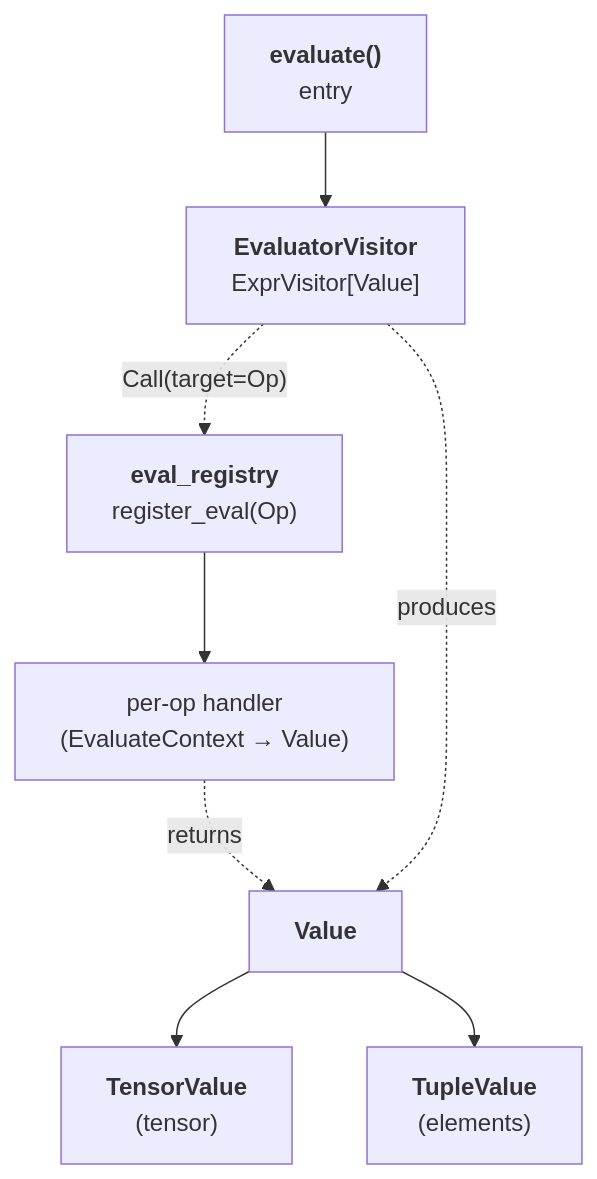
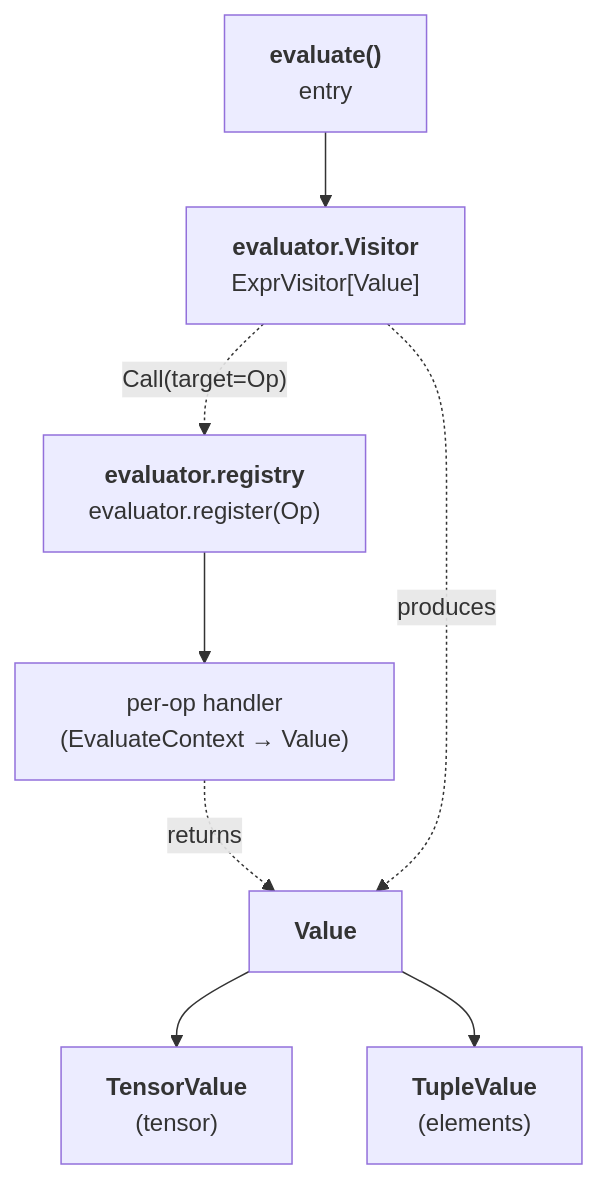
Before and after one commit to tile-ai/TileFoundry: the diagram in docs/spec/evaluator.md, drawn with Mermaid. The commit also changed other lines of this file and 1519 other files, not shown here.

````diff
--- a/docs/spec/evaluator.md
+++ b/docs/spec/evaluator.md
@@ -8,18 +8,18 @@
 ```mermaid
 flowchart TB
     evaluate["<b>evaluate()</b><br/>entry"]
-    Evaluator["<b>EvaluatorVisitor</b><br/>ExprVisitor[Value]"]
-    registry["<b>eval_registry</b><br/>register_eval(Op)"]
+    Evaluator["<b>evaluator.Visitor</b><br/>ExprVisitor[Value]"]
+    registry["<b>evaluator.registry</b><br/>evaluator.register(Op)"]
     handler["per-op handler<br/>(EvaluateContext → Value)"]
     Value["<b>Value</b>"]
     TensorValue["<b>TensorValue</b><br/>(tensor)"]
     TupleValue["<b>TupleValue</b><br/>(elements)"]
 
     evaluate --> Evaluator
     Evaluator -. "Call(target=Op)" .-> registry
     registry --> handler
     handler -. returns .-> Value
     Evaluator -. produces .-> Value
     Value --> TensorValue
     Value --> TupleValue
 ```
````
